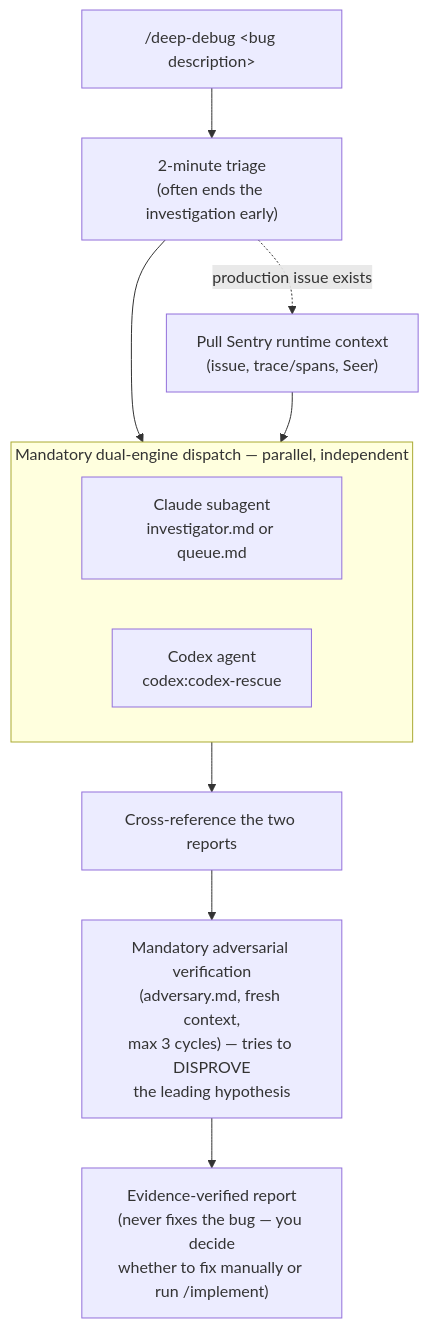
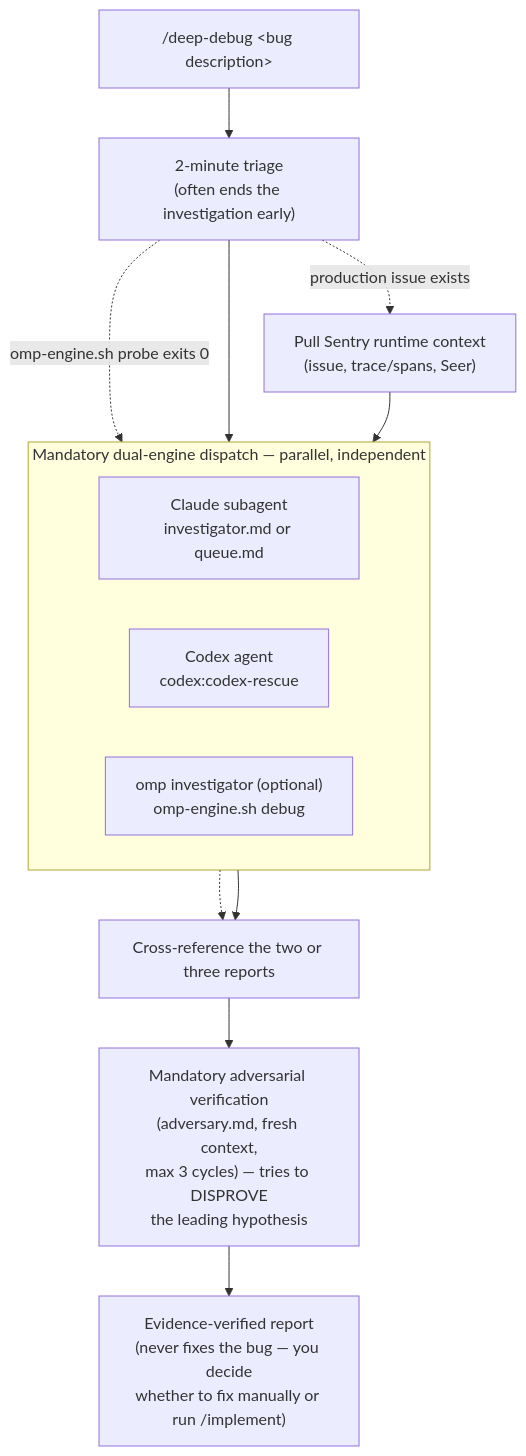
The diagram in agents/debug/README.md (nodera-studio/agent-os), drawn with Mermaid before and after one commit. The commit also changed other lines of this file and 91 other files, not shown here.

````diff
--- a/agents/debug/README.md
+++ b/agents/debug/README.md
@@ -5,17 +5,20 @@
 ```mermaid
 flowchart TD
     B["/deep-debug &lt;bug description&gt;"] --> T["2-minute triage<br/>(often ends the investigation early)"]
     T -.->|"production issue exists"| SEN["Pull Sentry runtime context<br/>(issue, trace/spans, Seer)"]
     T --> ENGINES
     SEN --> ENGINES
 
     subgraph ENGINES["Mandatory dual-engine dispatch — parallel, independent"]
         direction LR
         C["Claude subagent<br/>investigator.md or queue.md"]
         X["Codex agent<br/>codex:codex-rescue"]
+        O["omp investigator (optional)<br/>omp-engine.sh debug"]
     end
 
-    ENGINES --> M["Cross-reference the two reports"]
+    T -.->|"omp-engine.sh probe exits 0"| O
+    ENGINES --> M["Cross-reference the two or three reports"]
+    O -.-> M
     M --> ADV["Mandatory adversarial verification<br/>(adversary.md, fresh context,<br/>max 3 cycles) — tries to DISPROVE<br/>the leading hypothesis"]
     ADV --> RC["Evidence-verified report<br/>(never fixes the bug — you decide<br/>whether to fix manually or run /implement)"]
 ```
````
